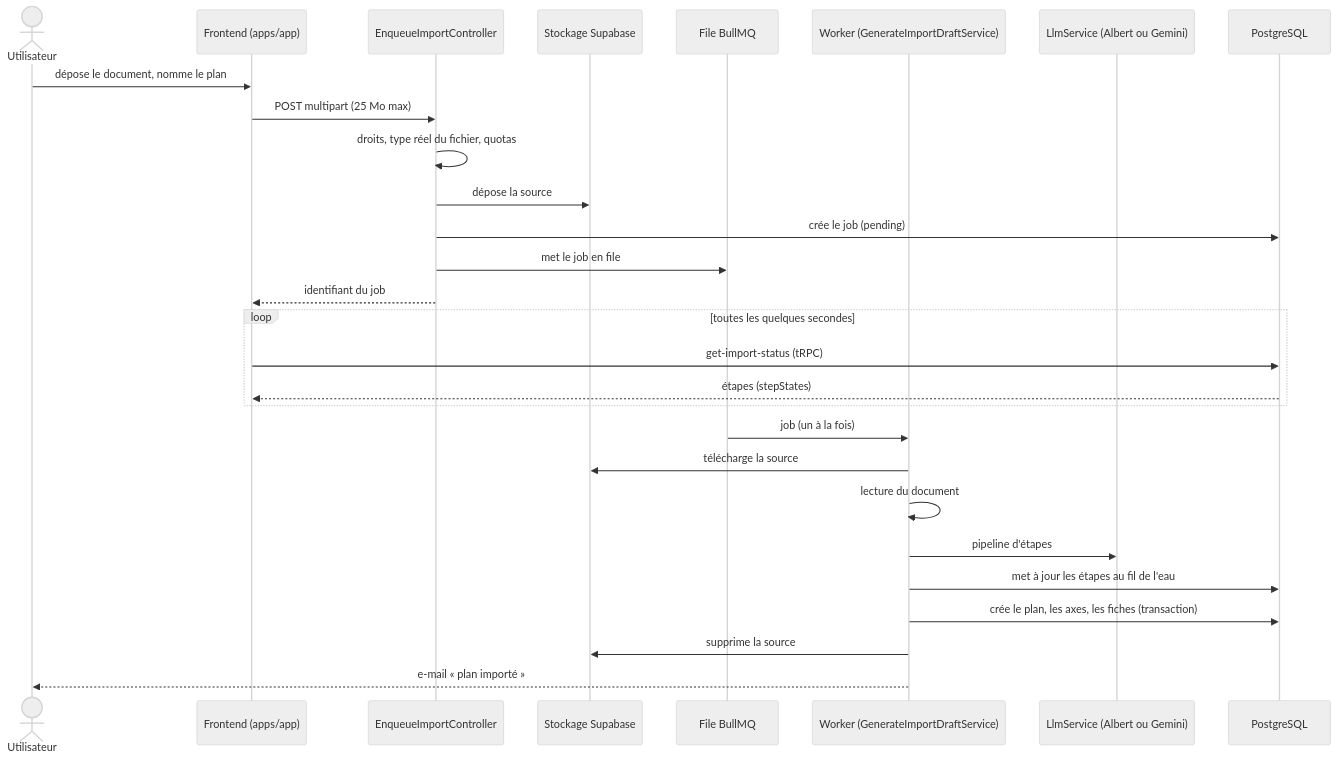
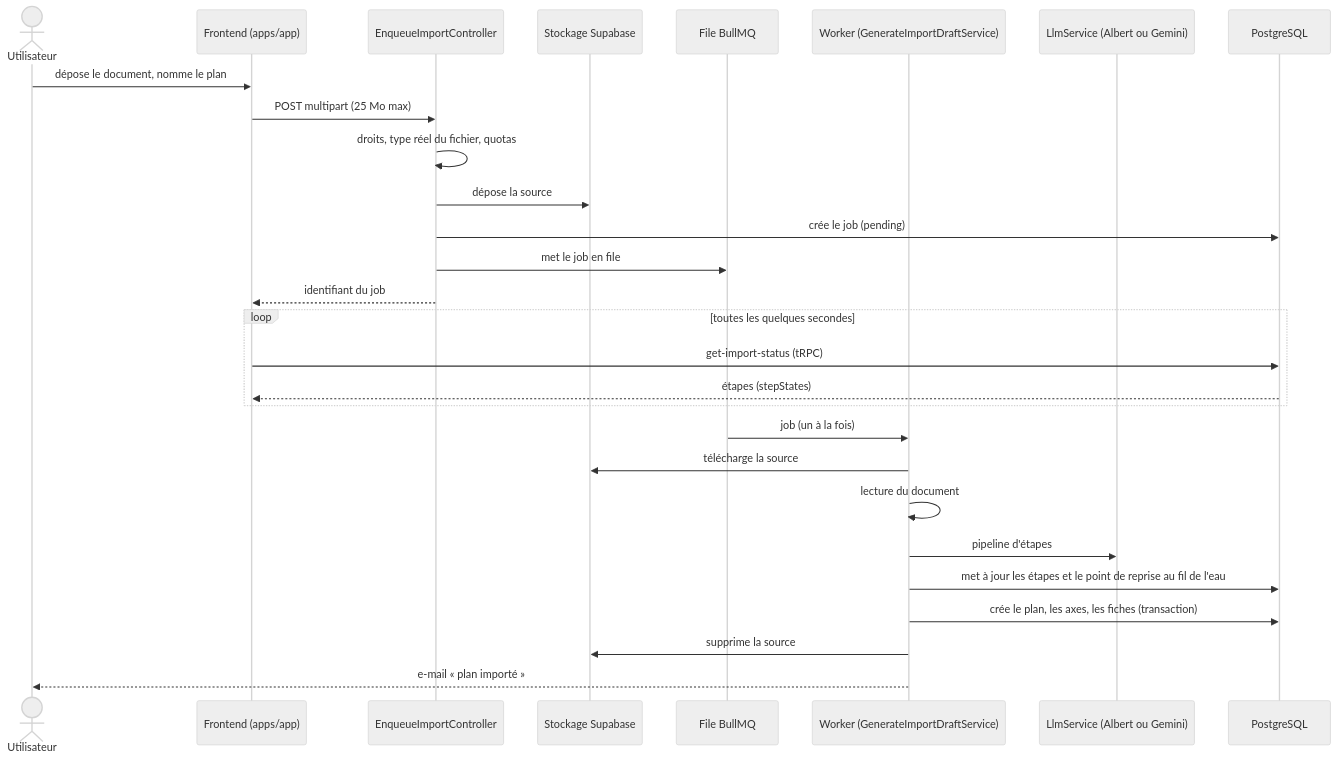
Before and after one commit to incubateur-ademe/territoires-en-transitions: the first of 6 diagrams in apps/backend/src/plans/ai-plan-import/README.md, drawn with Mermaid (neutral theme). The commit also changed other lines of this file and 50 other files, not shown here.

````diff
--- a/apps/backend/src/plans/ai-plan-import/README.md
+++ b/apps/backend/src/plans/ai-plan-import/README.md
@@ -31,31 +31,31 @@
 ```mermaid
 sequenceDiagram
     actor U as Utilisateur
     participant App as Frontend (apps/app)
     participant API as EnqueueImportController
     participant S as Stockage Supabase
     participant Q as File BullMQ
     participant W as Worker (GenerateImportDraftService)
     participant LLM as LlmService (Albert ou Gemini)
     participant DB as PostgreSQL
 
     U->>App: dépose le document, nomme le plan
     App->>API: POST multipart (25 Mo max)
     API->>API: droits, type réel du fichier, quotas
     API->>S: dépose la source
     API->>DB: crée le job (pending)
     API->>Q: met le job en file
     API-->>App: identifiant du job
     loop toutes les quelques secondes
         App->>DB: get-import-status (tRPC)
         DB-->>App: étapes (stepStates)
     end
     Q->>W: job (un à la fois)
     W->>S: télécharge la source
     W->>W: lecture du document
     W->>LLM: pipeline d'étapes
-    W->>DB: met à jour les étapes au fil de l'eau
+    W->>DB: met à jour les étapes et le point de reprise au fil de l'eau
     W->>DB: crée le plan, les axes, les fiches (transaction)
     W->>S: supprime la source
     W-->>U: e-mail « plan importé »
 ```
````
